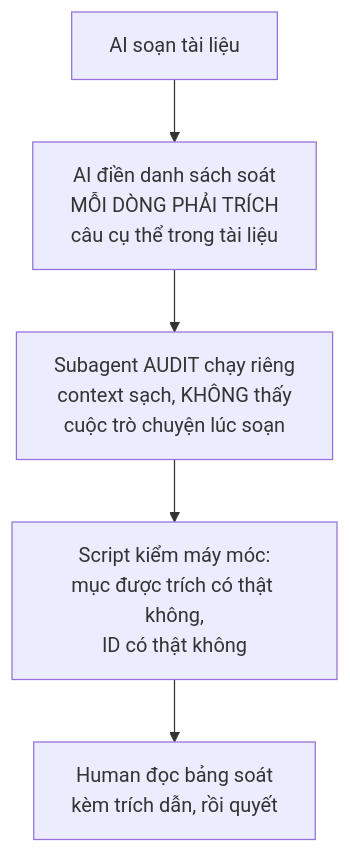
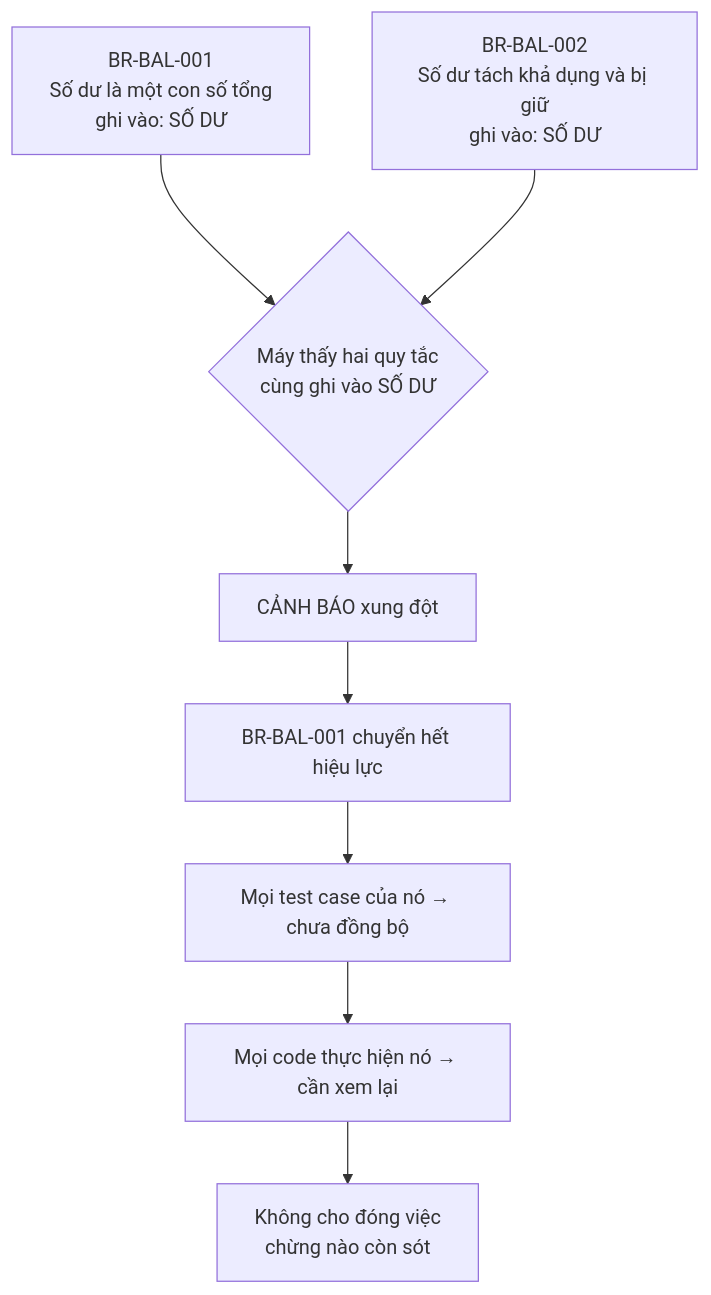
Before and after one commit to Kynderis/kendrick-ai-tools: the diagram in answer.md, drawn with Mermaid. The commit also changed other lines of this file and 6 other files, not shown here.

````diff
--- a/answer.md
+++ b/answer.md
@@ -124,7 +73,10 @@
 ```mermaid
 flowchart TD
-    A["AI soạn tài liệu"] --> B["AI điền danh sách soát<br/>MỖI DÒNG PHẢI TRÍCH<br/>câu cụ thể trong tài liệu"]
-    B --> C["Subagent AUDIT chạy riêng<br/>context sạch, KHÔNG thấy<br/>cuộc trò chuyện lúc soạn"]
-    C --> D["Script kiểm máy móc:<br/>mục được trích có thật không,<br/>ID có thật không"]
-    D --> E["Human đọc bảng soát<br/>kèm trích dẫn, rồi quyết"]
+    A["BR-BAL-001<br/>Số dư là một con số tổng<br/>ghi vào: SỐ DƯ"] --> C{"Máy thấy hai quy tắc<br/>cùng ghi vào SỐ DƯ"}
+    B["BR-BAL-002<br/>Số dư tách khả dụng và bị giữ<br/>ghi vào: SỐ DƯ"] --> C
+    C --> D["CẢNH BÁO xung đột"]
+    D --> E["BR-BAL-001 chuyển hết hiệu lực"]
+    E --> F["Mọi test case của nó → chưa đồng bộ"]
+    F --> G["Mọi code thực hiện nó → cần xem lại"]
+    G --> H["Không cho đóng việc<br/>chừng nào còn sót"]
 ```
````
